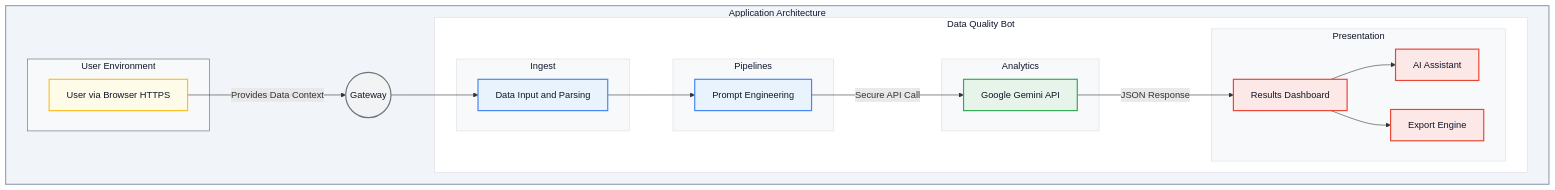
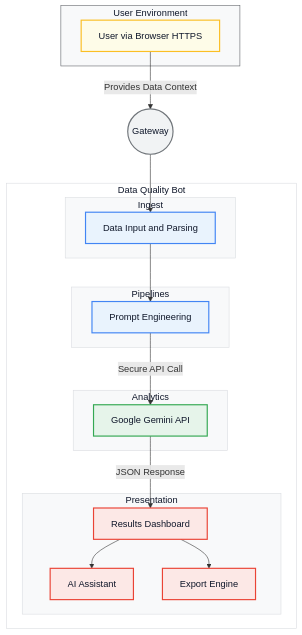
Before and after one commit to chtsalvishal/DQ_Gen_AI_Bot: the first of 2 diagrams in README.md, drawn with Mermaid. The commit also changed other lines of this file, not shown here.

First line of the commit message:
feat: Update README architecture diagram

````diff
--- a/README.md
+++ b/README.md
@@ -20,53 +20,48 @@
 ```mermaid
-%%{init: { 'themeVariables': { 'fontSize': '16px', 'fontFamily': 'Inter' } }}%%
+%%{init: { 'themeVariables': { 'fontSize': '16px', 'fontFamily': 'Arial' } }}%%
 graph TD
-    subgraph arch [Application Architecture]
-        subgraph userenv [User Environment]
-            A[User via Browser HTTPS]:::userNode
+    subgraph userenv [User Environment]
+        A[User via Browser HTTPS]:::userNode
+    end
+
+    B((Gateway)):::gatewayNode
+    
+    A -- Provides Data Context --> B
+
+    subgraph botlogic [Data Quality Bot]
+        subgraph ingest [Ingest]
+            C[Data Input and Parsing]:::processNode
         end
+        subgraph pipelines [Pipelines]
+            D[Prompt Engineering]:::processNode
+        end
+        subgraph analytics [Analytics]
+            E[Google Gemini API]:::apiNode
+        end
+        subgraph presentation [Presentation]
+            F[Results Dashboard]:::outputNode
+            G[AI Assistant]:::outputNode
+            H[Export Engine]:::outputNode
+        end
+    end
 
-        B((Gateway)):::gatewayNode
-        
-        A -- Provides Data Context --> B
-
-        subgraph botlogic [Data Quality Bot]
-            subgraph ingest [Ingest]
-                C[Data Input and Parsing]:::processNode
-            end
-            subgraph pipelines [Pipelines]
-                D[Prompt Engineering]:::processNode
-            end
-            subgraph analytics [Analytics]
-                E[Google Gemini API]:::apiNode
-            end
-            subgraph presentation [Presentation]
-                F[Results Dashboard]:::outputNode
-                G[AI Assistant]:::outputNode
-                H[Export Engine]:::outputNode
-            end
-        end
-
-        B --> C
-        C --> D
-        D -- Secure API Call --> E
-        E -- JSON Response --> F
-        F --> G
-        F --> H
-    end
+    B --> C
+    C --> D
+    D -- Secure API Call --> E
+    E -- JSON Response --> F
+    F --> G
+    F --> H
     
-    class arch container
-
     style userenv fill:#F8F9FA,stroke:#5F6368,color:#0f172a
     style botlogic fill:#FFFFFF,stroke:#DADCE0,color:#0f172a
     style ingest fill:#F8F9FA,stroke:#DADCE0,color:#0f172a
     style pipelines fill:#F8F9FA,stroke:#DADCE0,color:#0f172a
     style analytics fill:#F8F9FA,stroke:#DADCE0,color:#0f172a
     style presentation fill:#F8F9FA,stroke:#DADCE0,color:#0f172a
 
-    classDef container fill:#f1f5f9,stroke:#94a3b8,stroke-width:2px,color:#0f172a
     classDef userNode fill:#FEFCE8,stroke:#FBBF24,stroke-width:2px,color:#0f172a
     classDef gatewayNode fill:#F1F3F4,stroke:#70757A,stroke-width:2px,color:#0f172a
     classDef processNode fill:#E9F3FD,stroke:#4285F4,stroke-width:2px,color:#0f172a
     classDef apiNode fill:#E6F4EA,stroke:#34A853,stroke-width:2px,color:#0f172a
     classDef outputNode fill:#FCE8E6,stroke:#EA4335,stroke-width:2px,color:#0f172a
 ```
````
